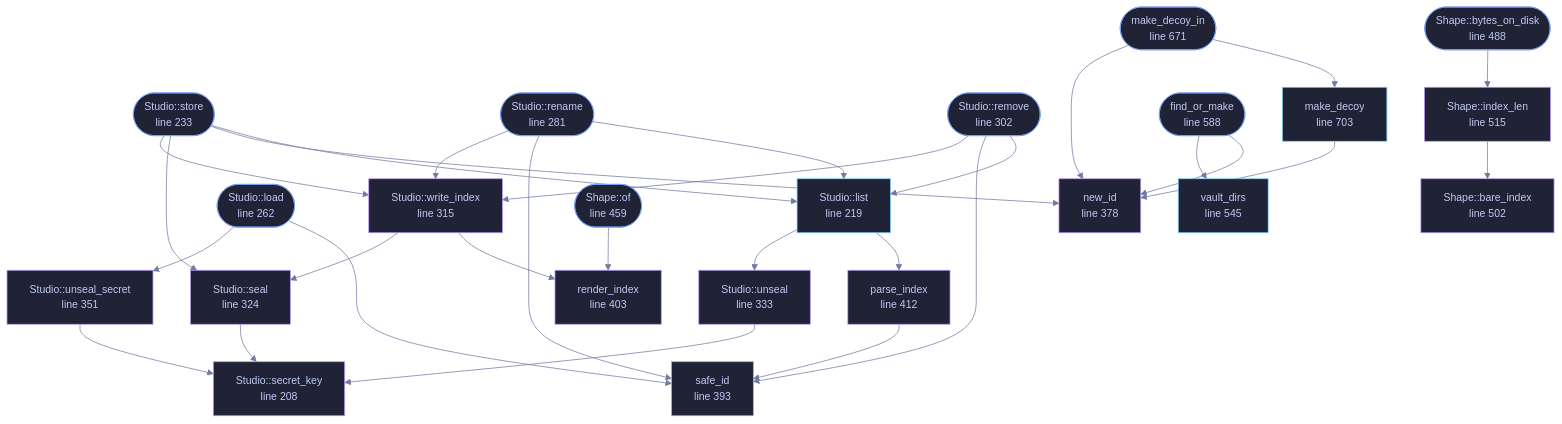
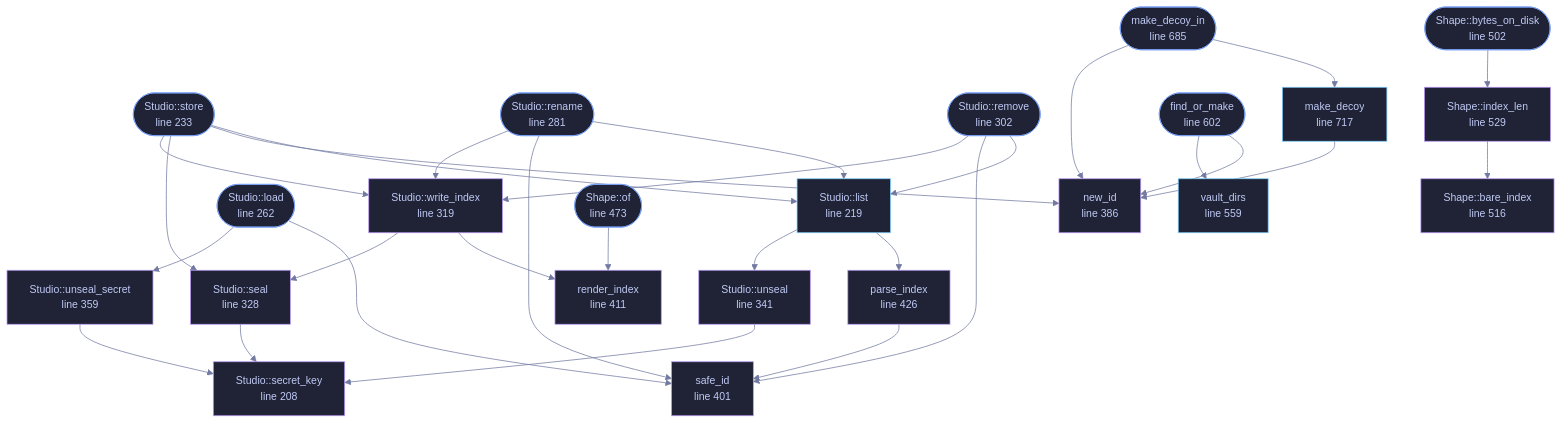
One commit to tilas01/veilvoice changed the diagram in docs/files/veilvoice-crypto/studio.md. Above: the diagram before and after it, drawn with Mermaid. The commit also changed other lines of this file and 528 other files, not shown here.

````diff
--- a/docs/files/veilvoice-crypto/studio.md
+++ b/docs/files/veilvoice-crypto/studio.md
@@ -140,82 +140,82 @@
 ```mermaid
 %%{init: {"theme":"base","themeVariables":{"background":"#1a1b26","primaryColor":"#1f2335","primaryTextColor":"#c0caf5","primaryBorderColor":"#7aa2f7","secondaryColor":"#16161e","tertiaryColor":"#16161e","lineColor":"#737aa2","textColor":"#c0caf5","mainBkg":"#1f2335","nodeBorder":"#7aa2f7","clusterBkg":"#16161e","clusterBorder":"#2f3549","fontFamily":"ui-monospace, SFMono-Regular, Consolas, monospace","fontSize":"14px"}}}%%
 flowchart TD
     n_secret_key["Studio::secret_key<br/>line 208"]
     n_list["Studio::list<br/>line 219"]
     n_store(["Studio::store<br/>line 233"])
     n_load(["Studio::load<br/>line 262"])
     n_rename(["Studio::rename<br/>line 281"])
     n_remove(["Studio::remove<br/>line 302"])
-    n_write_index["Studio::write_index<br/>line 315"]
-    n_seal["Studio::seal<br/>line 324"]
-    n_unseal["Studio::unseal<br/>line 333"]
-    n_unseal_secret["Studio::unseal_secret<br/>line 351"]
-    n_new_id["new_id<br/>line 378"]
-    n_safe_id["safe_id<br/>line 393"]
-    n_render_index["render_index<br/>line 403"]
-    n_parse_index["parse_index<br/>line 412"]
-    n_of(["Shape::of<br/>line 459"])
-    n_bytes_on_disk(["Shape::bytes_on_disk<br/>line 488"])
-    n_bare_index["Shape::bare_index<br/>line 502"]
-    n_index_len["Shape::index_len<br/>line 515"]
-    n_vault_dirs["vault_dirs<br/>line 545"]
-    n_find_or_make(["find_or_make<br/>line 588"])
-    n_make_decoy_in(["make_decoy_in<br/>line 671"])
-    n_make_decoy["make_decoy<br/>line 703"]
+    n_write_index["Studio::write_index<br/>line 319"]
+    n_seal["Studio::seal<br/>line 328"]
+    n_unseal["Studio::unseal<br/>line 341"]
+    n_unseal_secret["Studio::unseal_secret<br/>line 359"]
+    n_new_id["new_id<br/>line 386"]
+    n_safe_id["safe_id<br/>line 401"]
+    n_render_index["render_index<br/>line 411"]
+    n_parse_index["parse_index<br/>line 426"]
+    n_of(["Shape::of<br/>line 473"])
+    n_bytes_on_disk(["Shape::bytes_on_disk<br/>line 502"])
+    n_bare_index["Shape::bare_index<br/>line 516"]
+    n_index_len["Shape::index_len<br/>line 529"]
+    n_vault_dirs["vault_dirs<br/>line 559"]
+    n_find_or_make(["find_or_make<br/>line 602"])
+    n_make_decoy_in(["make_decoy_in<br/>line 685"])
+    n_make_decoy["make_decoy<br/>line 717"]
     n_bytes_on_disk --> n_index_len
     n_find_or_make --> n_new_id
     n_find_or_make --> n_vault_dirs
     n_index_len --> n_bare_index
     n_list --> n_parse_index
     n_list --> n_unseal
     n_load --> n_safe_id
     n_load --> n_unseal_secret
     n_make_decoy --> n_new_id
     n_make_decoy_in --> n_make_decoy
     n_make_decoy_in --> n_new_id
     n_of --> n_render_index
     n_parse_index --> n_safe_id
     n_remove --> n_list
     n_remove --> n_safe_id
     n_remove --> n_write_index
     n_rename --> n_list
     n_rename --> n_safe_id
     n_rename --> n_write_index
     n_seal --> n_secret_key
     n_store --> n_list
     n_store --> n_new_id
     n_store --> n_seal
     n_store --> n_write_index
     n_unseal --> n_secret_key
     n_unseal_secret --> n_secret_key
     n_write_index --> n_render_index
     n_write_index --> n_seal
     click n_secret_key href "https://github.com/tilas01/veilvoice/blob/main/crates/veilvoice-crypto/src/studio.rs#L208" "open the source"
     click n_list href "https://github.com/tilas01/veilvoice/blob/main/crates/veilvoice-crypto/src/studio.rs#L219" "open the source"
     click n_store href "https://github.com/tilas01/veilvoice/blob/main/crates/veilvoice-crypto/src/studio.rs#L233" "open the source"
     click n_load href "https://github.com/tilas01/veilvoice/blob/main/crates/veilvoice-crypto/src/studio.rs#L262" "open the source"
     click n_rename href "https://github.com/tilas01/veilvoice/blob/main/crates/veilvoice-crypto/src/studio.rs#L281" "open the source"
     click n_remove href "https://github.com/tilas01/veilvoice/blob/main/crates/veilvoice-crypto/src/studio.rs#L302" "open the source"
-    click n_write_index href "https://github.com/tilas01/veilvoice/blob/main/crates/veilvoice-crypto/src/studio.rs#L315" "open the source"
-    click n_seal href "https://github.com/tilas01/veilvoice/blob/main/crates/veilvoice-crypto/src/studio.rs#L324" "open the source"
-    click n_unseal href "https://github.com/tilas01/veilvoice/blob/main/crates/veilvoice-crypto/src/studio.rs#L333" "open the source"
-    click n_unseal_secret href "https://github.com/tilas01/veilvoice/blob/main/crates/veilvoice-crypto/src/studio.rs#L351" "open the source"
-    click n_new_id href "https://github.com/tilas01/veilvoice/blob/main/crates/veilvoice-crypto/src/studio.rs#L378" "open the source"
-    click n_safe_id href "https://github.com/tilas01/veilvoice/blob/main/crates/veilvoice-crypto/src/studio.rs#L393" "open the source"
-    click n_render_index href "https://github.com/tilas01/veilvoice/blob/main/crates/veilvoice-crypto/src/studio.rs#L403" "open the source"
-    click n_parse_index href "https://github.com/tilas01/veilvoice/blob/main/crates/veilvoice-crypto/src/studio.rs#L412" "open the source"
-    click n_of href "https://github.com/tilas01/veilvoice/blob/main/crates/veilvoice-crypto/src/studio.rs#L459" "open the source"
-    click n_bytes_on_disk href "https://github.com/tilas01/veilvoice/blob/main/crates/veilvoice-crypto/src/studio.rs#L488" "open the source"
-    click n_bare_index href "https://github.com/tilas01/veilvoice/blob/main/crates/veilvoice-crypto/src/studio.rs#L502" "open the source"
-    click n_index_len href "https://github.com/tilas01/veilvoice/blob/main/crates/veilvoice-crypto/src/studio.rs#L515" "open the source"
-    click n_vault_dirs href "https://github.com/tilas01/veilvoice/blob/main/crates/veilvoice-crypto/src/studio.rs#L545" "open the source"
-    click n_find_or_make href "https://github.com/tilas01/veilvoice/blob/main/crates/veilvoice-crypto/src/studio.rs#L588" "open the source"
-    click n_make_decoy_in href "https://github.com/tilas01/veilvoice/blob/main/crates/veilvoice-crypto/src/studio.rs#L671" "open the source"
-    click n_make_decoy href "https://github.com/tilas01/veilvoice/blob/main/crates/veilvoice-crypto/src/studio.rs#L703" "open the source"
+    click n_write_index href "https://github.com/tilas01/veilvoice/blob/main/crates/veilvoice-crypto/src/studio.rs#L319" "open the source"
+    click n_seal href "https://github.com/tilas01/veilvoice/blob/main/crates/veilvoice-crypto/src/studio.rs#L328" "open the source"
+    click n_unseal href "https://github.com/tilas01/veilvoice/blob/main/crates/veilvoice-crypto/src/studio.rs#L341" "open the source"
+    click n_unseal_secret href "https://github.com/tilas01/veilvoice/blob/main/crates/veilvoice-crypto/src/studio.rs#L359" "open the source"
+    click n_new_id href "https://github.com/tilas01/veilvoice/blob/main/crates/veilvoice-crypto/src/studio.rs#L386" "open the source"
+    click n_safe_id href "https://github.com/tilas01/veilvoice/blob/main/crates/veilvoice-crypto/src/studio.rs#L401" "open the source"
+    click n_render_index href "https://github.com/tilas01/veilvoice/blob/main/crates/veilvoice-crypto/src/studio.rs#L411" "open the source"
+    click n_parse_index href "https://github.com/tilas01/veilvoice/blob/main/crates/veilvoice-crypto/src/studio.rs#L426" "open the source"
+    click n_of href "https://github.com/tilas01/veilvoice/blob/main/crates/veilvoice-crypto/src/studio.rs#L473" "open the source"
+    click n_bytes_on_disk href "https://github.com/tilas01/veilvoice/blob/main/crates/veilvoice-crypto/src/studio.rs#L502" "open the source"
+    click n_bare_index href "https://github.com/tilas01/veilvoice/blob/main/crates/veilvoice-crypto/src/studio.rs#L516" "open the source"
+    click n_index_len href "https://github.com/tilas01/veilvoice/blob/main/crates/veilvoice-crypto/src/studio.rs#L529" "open the source"
+    click n_vault_dirs href "https://github.com/tilas01/veilvoice/blob/main/crates/veilvoice-crypto/src/studio.rs#L559" "open the source"
+    click n_find_or_make href "https://github.com/tilas01/veilvoice/blob/main/crates/veilvoice-crypto/src/studio.rs#L602" "open the source"
+    click n_make_decoy_in href "https://github.com/tilas01/veilvoice/blob/main/crates/veilvoice-crypto/src/studio.rs#L685" "open the source"
+    click n_make_decoy href "https://github.com/tilas01/veilvoice/blob/main/crates/veilvoice-crypto/src/studio.rs#L717" "open the source"
     classDef entry fill:#1f2335,stroke:#7aa2f7,color:#c0caf5
     class n_store,n_load,n_rename,n_remove,n_of,n_bytes_on_disk,n_find_or_make,n_make_decoy_in entry
     classDef api fill:#1f2335,stroke:#7dcfff,color:#c0caf5
     class n_list,n_vault_dirs,n_make_decoy api
     classDef helper fill:#1f2335,stroke:#bb9af7,color:#c0caf5
     class n_secret_key,n_write_index,n_seal,n_unseal,n_unseal_secret,n_new_id,n_safe_id,n_render_index,n_parse_index,n_bare_index,n_index_len helper
 ```
````
